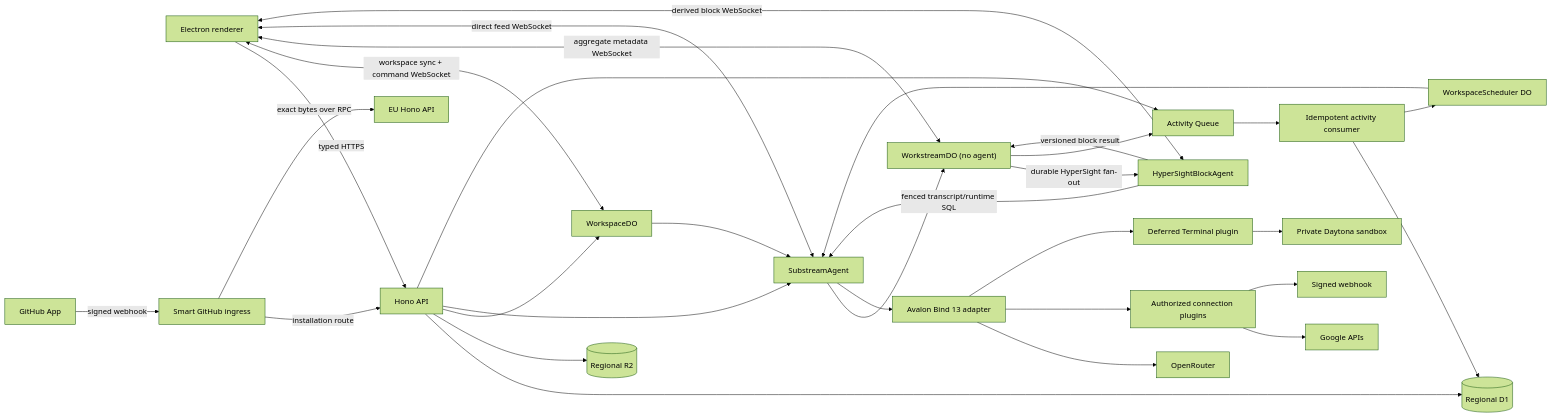
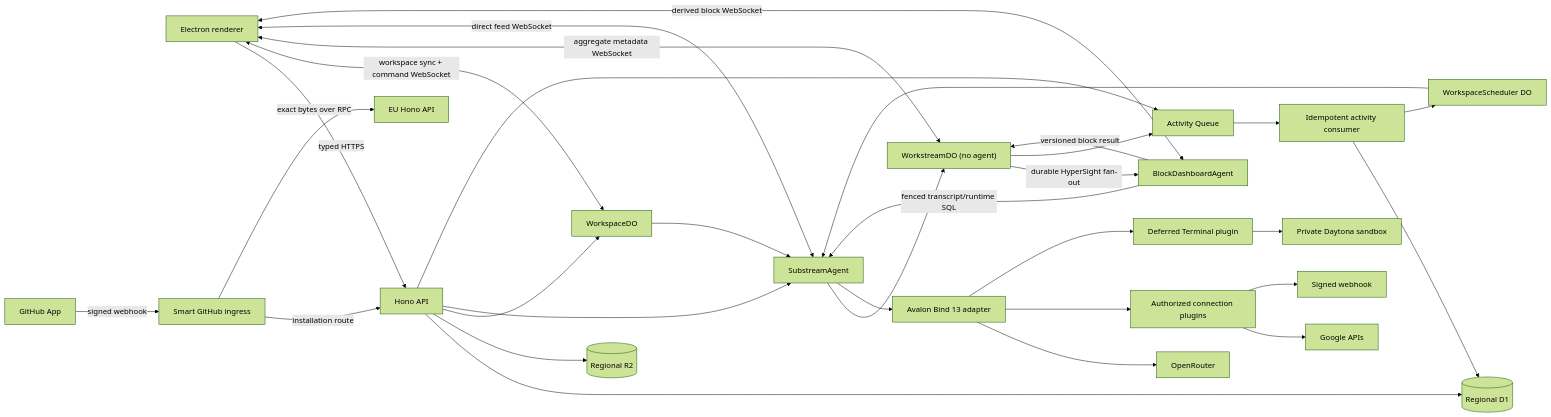
Before and after one commit to juno-ai-labs/avalon: the diagram in docs/architecture.md, drawn with Mermaid (forest theme). The commit also changed other lines of this file and 85 other files, not shown here.

Commit message:
refactor: rename HyperSight internals to BlockDashboard

````diff
--- a/docs/architecture.md
+++ b/docs/architecture.md
@@ -77,33 +83,33 @@
 ```mermaid
 flowchart LR
   E["Electron renderer"] -->|"typed HTTPS"| H["Hono API"]
   E <-->|"workspace sync + command WebSocket"| WD["WorkspaceDO"]
   E <-->|"aggregate metadata WebSocket"| WS["WorkstreamDO (no agent)"]
   E <-->|"direct feed WebSocket"| SA["SubstreamAgent"]
-  E <-->|"derived block WebSocket"| HB["HyperSightBlockAgent"]
-  WS -->|"durable HyperSight fan-out"| HB["HyperSightBlockAgent"]
+  E <-->|"derived block WebSocket"| HB["BlockDashboardAgent"]
+  WS -->|"durable HyperSight fan-out"| HB["BlockDashboardAgent"]
   HB -->|"fenced transcript/runtime SQL"| SA
   HB -->|"versioned block result"| WS
   H --> D[("Regional D1")]
   H --> B[("Regional R2")]
   H --> WD
   H --> SA
   WD --> SA
   SA --> WS
   WS --> Q
   H --> Q["Activity Queue"]
   GH["GitHub App"] -->|"signed webhook"| GI["Smart GitHub ingress"]
   GI -->|"installation route"| H
   GI -->|"exact bytes over RPC"| EH["EU Hono API"]
   Q --> C["Idempotent activity consumer"]
   C --> D
   C --> S["WorkspaceScheduler DO"]
   S --> SA
   SA --> A["Avalon Bind 13 adapter"]
   A --> O["OpenRouter"]
   A --> T["Authorized connection plugins"]
   A --> X["Deferred Terminal plugin"]
   X --> DT["Private Daytona sandbox"]
   T --> G["Google APIs"]
   T --> M["Signed webhook"]
 ```
````
